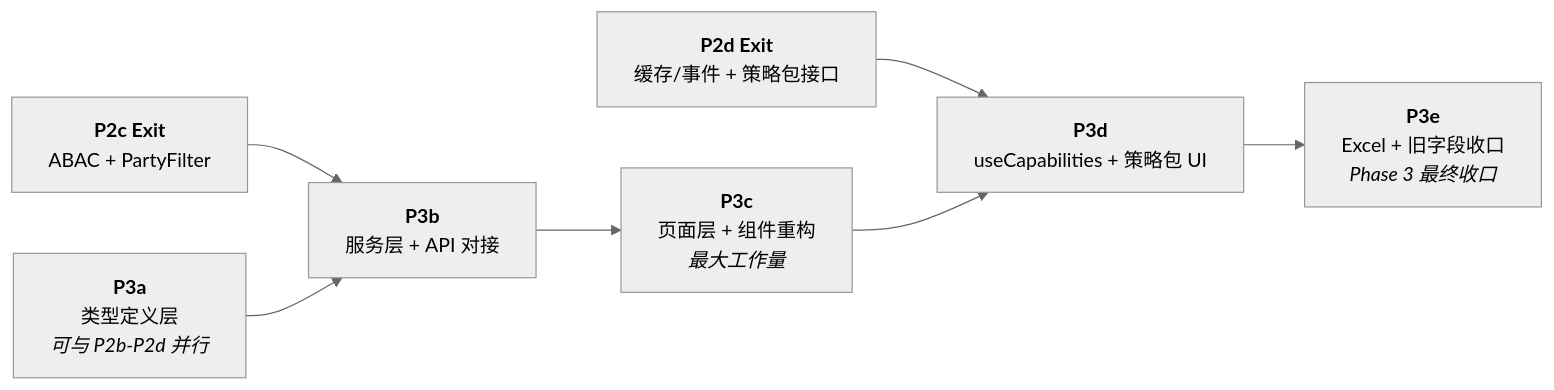
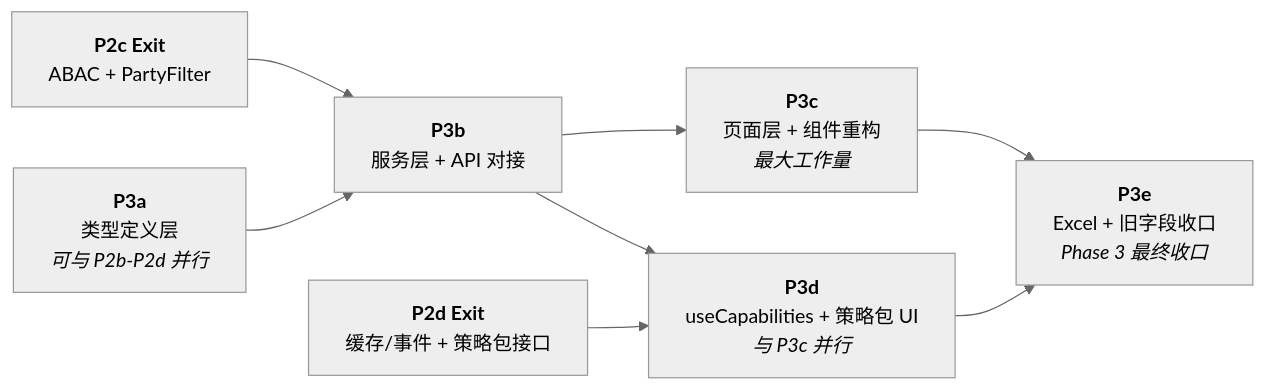
One commit to yqy2026/zcgl changed the second of 2 diagrams in docs/plans/2026-02-20-phase3-implementation-plan.md. Above: the diagram before and after it, drawn with Mermaid (neutral theme). The commit also changed other lines of this file and 21 other files, not shown here.

````diff
--- a/docs/plans/2026-02-20-phase3-implementation-plan.md
+++ b/docs/plans/2026-02-20-phase3-implementation-plan.md
@@ -982,9 +1129,10 @@
 ```mermaid
 graph LR
     P2c["<b>P2c Exit</b><br/>ABAC + PartyFilter"] --> P3b["<b>P3b</b><br/>服务层 + API 对接"]
     P3a["<b>P3a</b><br/>类型定义层<br/><i>可与 P2b-P2d 并行</i>"] --> P3b
     P3b --> P3c["<b>P3c</b><br/>页面层 + 组件重构<br/><i>最大工作量</i>"]
-    P2d["<b>P2d Exit</b><br/>缓存/事件 + 策略包接口"] --> P3d["<b>P3d</b><br/>useCapabilities + 策略包 UI"]
-    P3c --> P3d
-    P3d --> P3e["<b>P3e</b><br/>Excel + 旧字段收口<br/><i>Phase 3 最终收口</i>"]
+    P3b --> P3d["<b>P3d</b><br/>useCapabilities + 策略包 UI<br/><i>与 P3c 并行</i>"]
+    P2d["<b>P2d Exit</b><br/>缓存/事件 + 策略包接口"] --> P3d
+    P3c --> P3e["<b>P3e</b><br/>Excel + 旧字段收口<br/><i>Phase 3 最终收口</i>"]
+    P3d --> P3e
 ```
````
